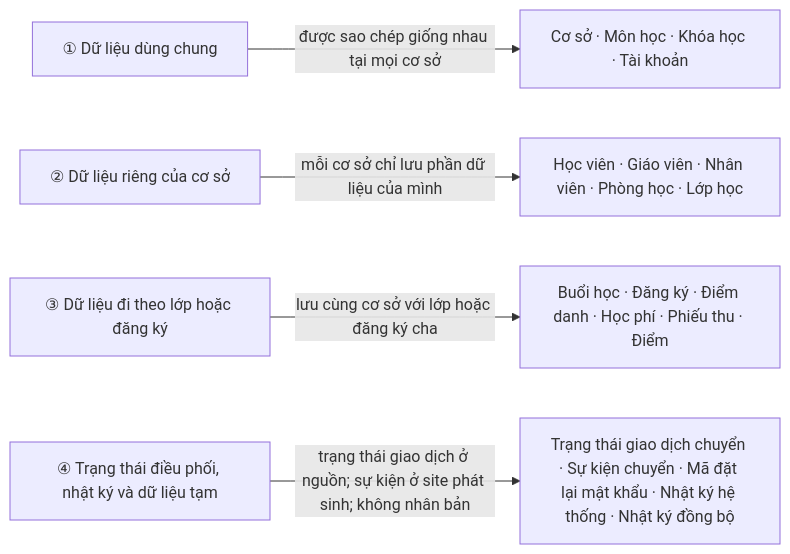
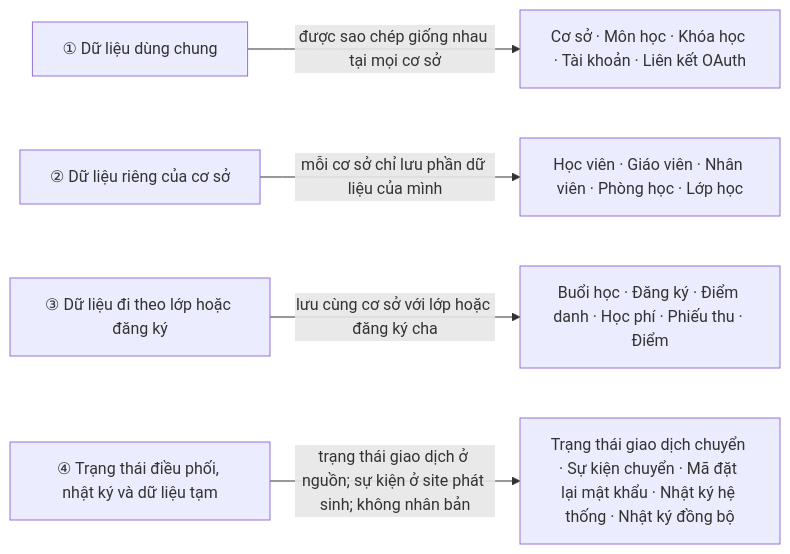
The first of 2 diagrams in docs/DATABASE_SCHEMA.md (Quochieu2005/language-center-management), drawn with Mermaid before and after one commit. The commit also changed other lines of this file and 12 other files, not shown here.

````diff
--- a/docs/DATABASE_SCHEMA.md
+++ b/docs/DATABASE_SCHEMA.md
@@ -62,7 +62,7 @@
 ```mermaid
 flowchart LR
-    DungChung["① Dữ liệu dùng chung"] -->|được sao chép giống nhau tại mọi cơ sở| BangDungChung["Cơ sở · Môn học · Khóa học · Tài khoản"]
+    DungChung["① Dữ liệu dùng chung"] -->|được sao chép giống nhau tại mọi cơ sở| BangDungChung["Cơ sở · Môn học · Khóa học · Tài khoản · Liên kết OAuth"]
     RiengCoSo["② Dữ liệu riêng của cơ sở"] -->|mỗi cơ sở chỉ lưu phần dữ liệu của mình| BangRiengCoSo["Học viên · Giáo viên · Nhân viên · Phòng học · Lớp học"]
     DanXuat["③ Dữ liệu đi theo lớp hoặc đăng ký"] -->|lưu cùng cơ sở với lớp hoặc đăng ký cha| BangDanXuat["Buổi học · Đăng ký · Điểm danh · Học phí · Phiếu thu · Điểm"]
     NhatKyTam["④ Trạng thái điều phối, nhật ký và dữ liệu tạm"] -->|trạng thái giao dịch ở nguồn; sự kiện ở site phát sinh; không nhân bản| BangNhatKyTam["Trạng thái giao dịch chuyển · Sự kiện chuyển · Mã đặt lại mật khẩu · Nhật ký hệ thống · Nhật ký đồng bộ"]
 ```
````
